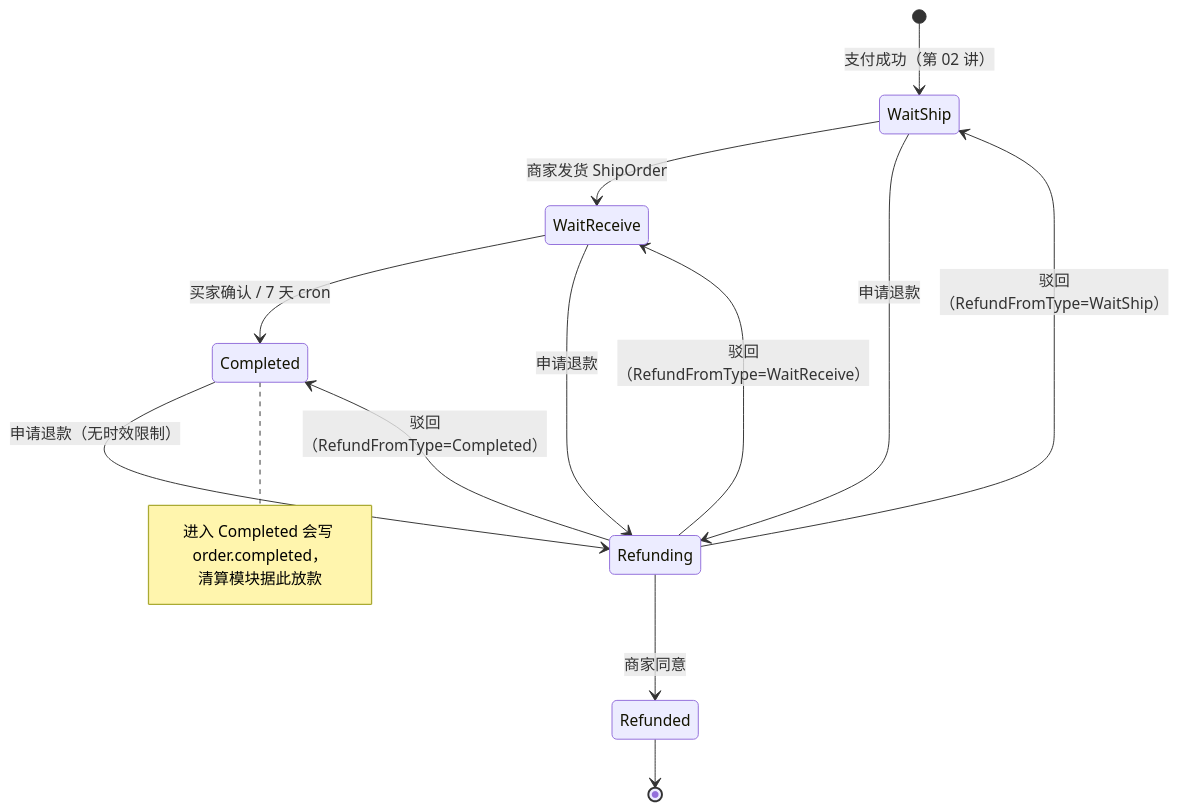
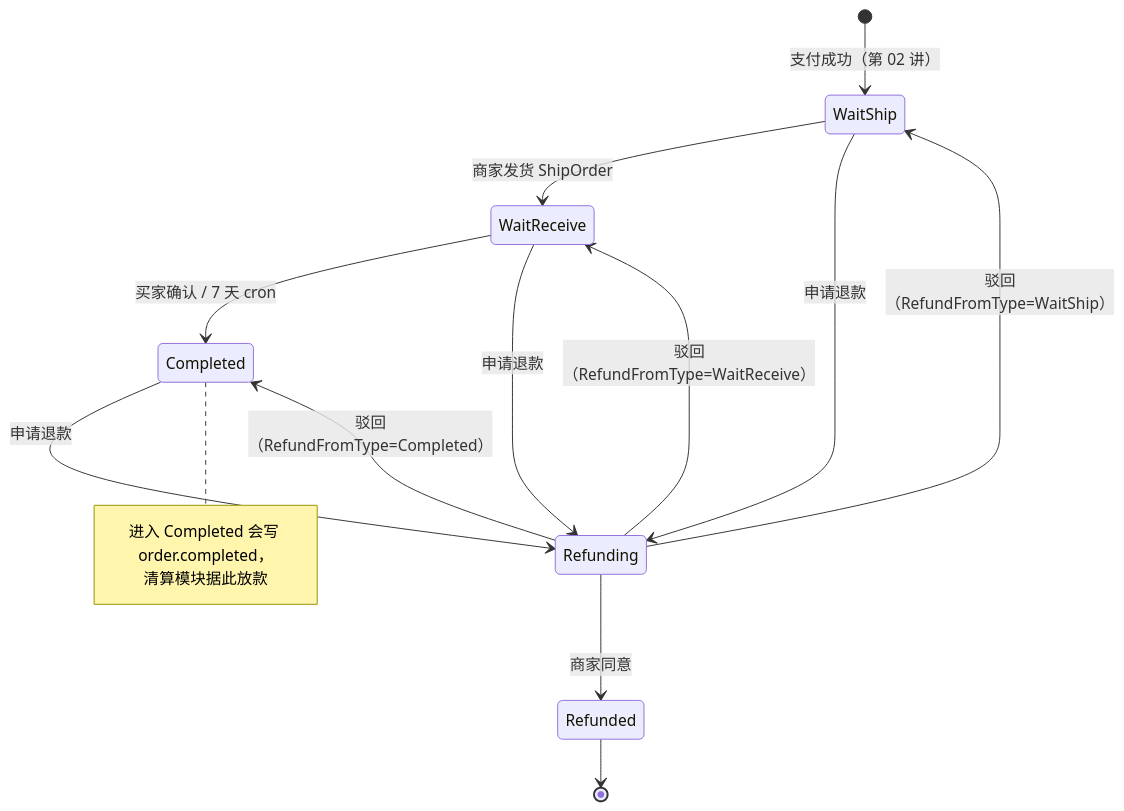
One commit to RedInn7/gomall changed the first of 4 diagrams in docs/lecture/19-fulfillment-aftersales.md. Above: the diagram before and after it, drawn with Mermaid. The commit also changed other lines of this file and 3 other files, not shown here.

````diff
--- a/docs/lecture/19-fulfillment-aftersales.md
+++ b/docs/lecture/19-fulfillment-aftersales.md
@@ -37,18 +37,18 @@
 ```mermaid
 stateDiagram-v2
     [*] --> WaitShip: 支付成功（第 02 讲）
     WaitShip --> WaitReceive: 商家发货 ShipOrder
     WaitReceive --> Completed: 买家确认 / 7 天 cron
     WaitShip --> Refunding: 申请退款
     WaitReceive --> Refunding: 申请退款
-    Completed --> Refunding: 申请退款（无时效限制）
+    Completed --> Refunding: 申请退款
     Refunding --> Refunded: 商家同意
     Refunding --> WaitShip: 驳回（RefundFromType=WaitShip）
     Refunding --> WaitReceive: 驳回（RefundFromType=WaitReceive）
     Refunding --> Completed: 驳回（RefundFromType=Completed）
     Refunded --> [*]
     note right of Completed
         进入 Completed 会写 order.completed，
         清算模块据此放款
     end note
 ```
````
